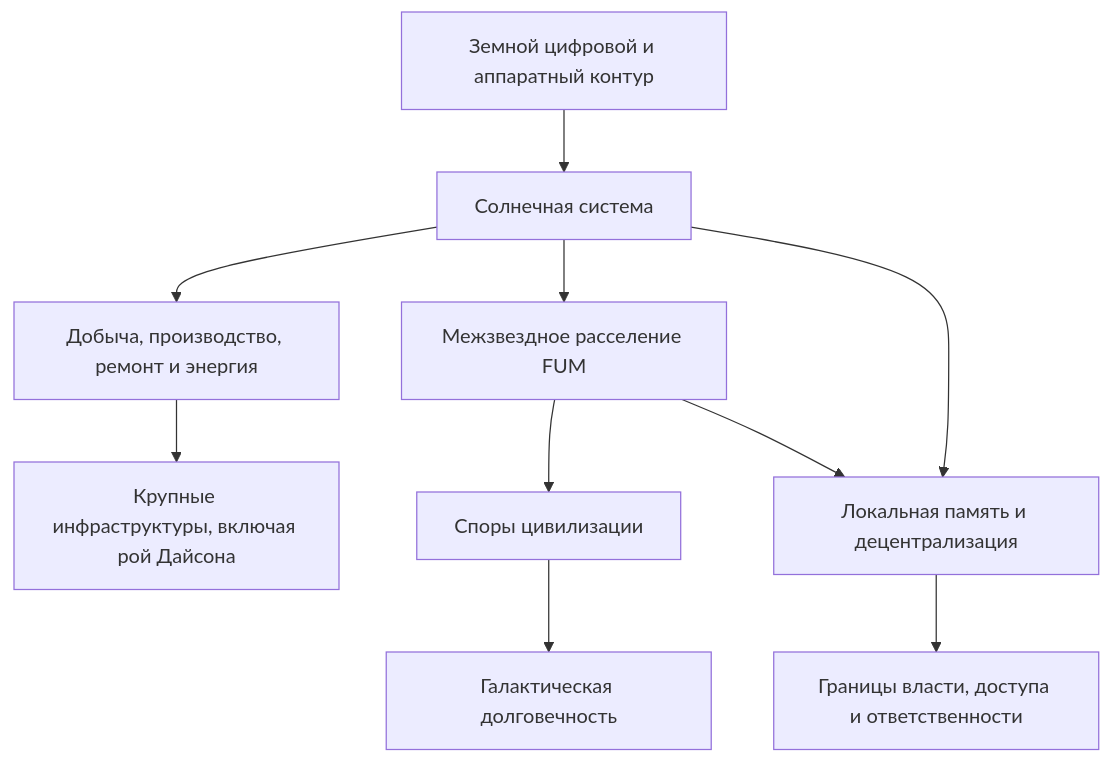
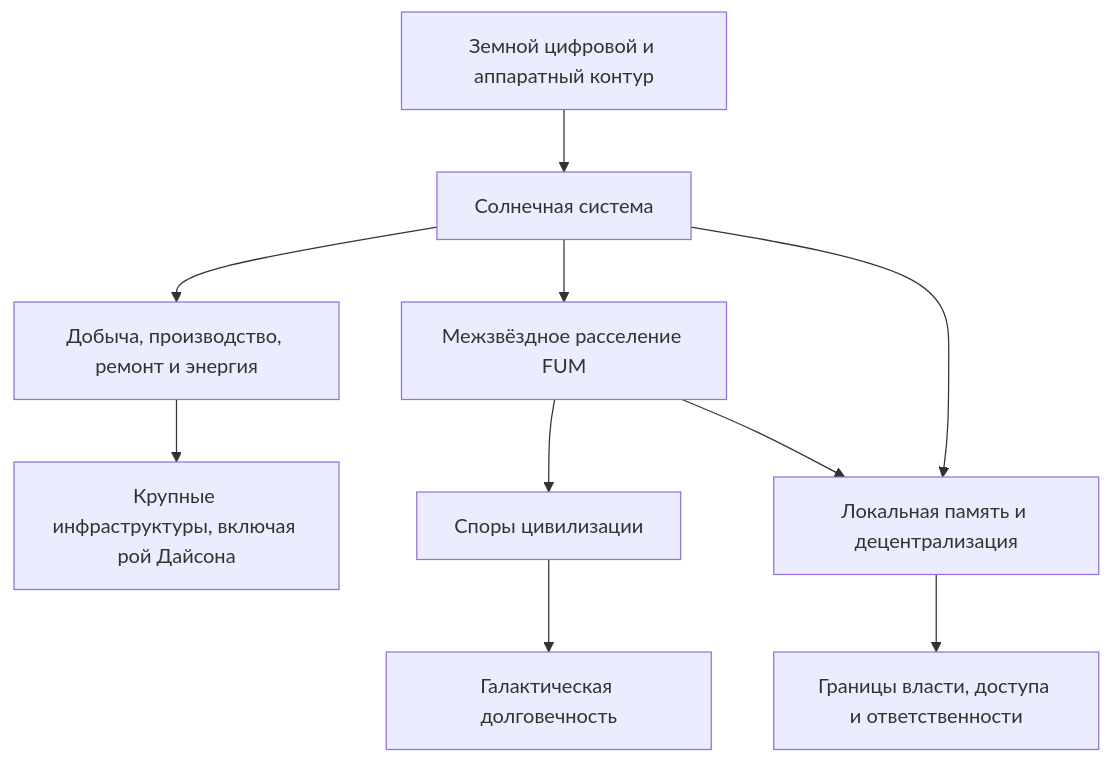
The diagram in Документация/14-космическая-автономия-и-расселение.md (fum-lab/fum), drawn with Mermaid before and after one commit. The commit also changed other lines of this file and 187 other files, not shown here.

````diff
--- a/Документация/14-космическая-автономия-и-расселение.md
+++ b/Документация/14-космическая-автономия-и-расселение.md
@@ -42,12 +42,12 @@
 ```mermaid
 flowchart TD
     earth["Земной цифровой и аппаратный контур"] --> solar["Солнечная система"]
     solar --> resources["Добыча, производство, ремонт и энергия"]
     resources --> dyson["Крупные инфраструктуры, включая рой Дайсона"]
-    solar --> interstellar["Межзвездное расселение FUM"]
+    solar --> interstellar["Межзвёздное расселение FUM"]
     interstellar --> spores["Споры цивилизации"]
     spores --> longevity["Галактическая долговечность"]
     solar --> decentralization["Локальная память и децентрализация"]
     interstellar --> decentralization
     decentralization --> safety["Границы власти, доступа и ответственности"]
 ```
````
